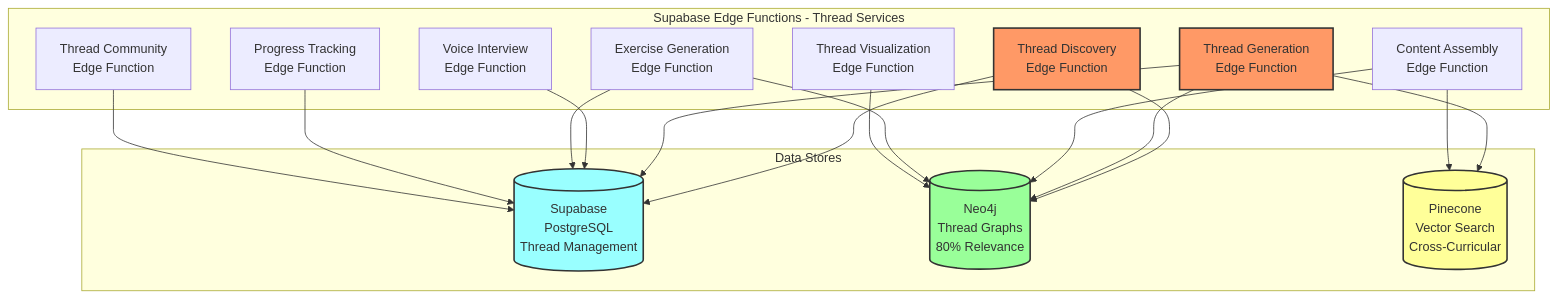
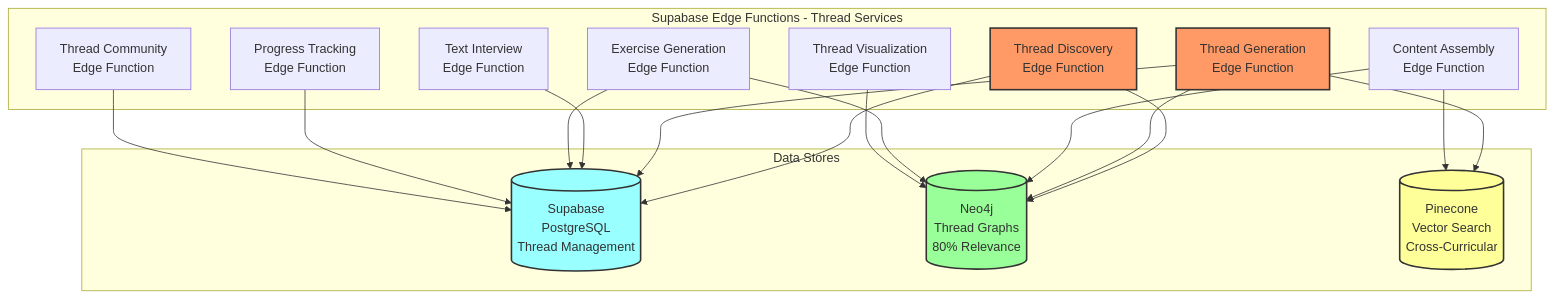
Before and after one commit to G2-Spool/spool-frontend: the diagram in docs/entity_relationship_diagram_thread_based.md, drawn with Mermaid. The commit also changed 12 other files, not shown here.

````diff
--- a/docs/entity_relationship_diagram_thread_based.md
+++ b/docs/entity_relationship_diagram_thread_based.md
@@ -13,39 +13,39 @@
 ```mermaid
 graph TB
     subgraph "Supabase Edge Functions - Thread Services"
         A[Thread Discovery<br/>Edge Function]
         B[Thread Generation<br/>Edge Function]
-        C[Voice Interview<br/>Edge Function]
+        C[Text Interview<br/>Edge Function]
         D[Content Assembly<br/>Edge Function]
         E[Exercise Generation<br/>Edge Function]
         F[Progress Tracking<br/>Edge Function]
         G[Thread Visualization<br/>Edge Function]
         H[Thread Community<br/>Edge Function]
     end
     
     subgraph "Data Stores"
         I[(Supabase<br/>PostgreSQL<br/>Thread Management)]
         J[(Neo4j<br/>Thread Graphs<br/>80% Relevance)]
         K[(Pinecone<br/>Vector Search<br/>Cross-Curricular)]
     end
     
     A --> I
     A --> J
     B --> I
     B --> J
     B --> K
     C --> I
     D --> K
     D --> J
     E --> I
     E --> J
     F --> I
     G --> J
     H --> I
     
     style A fill:#f96,stroke:#333,stroke-width:2px
     style B fill:#f96,stroke:#333,stroke-width:2px
     style I fill:#9ff,stroke:#333,stroke-width:2px
     style J fill:#9f9,stroke:#333,stroke-width:2px
     style K fill:#ff9,stroke:#333,stroke-width:2px
 ```
````
